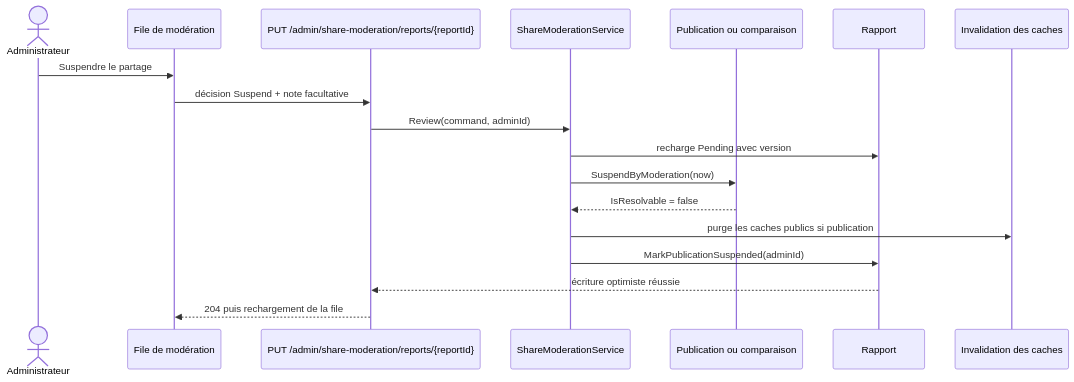
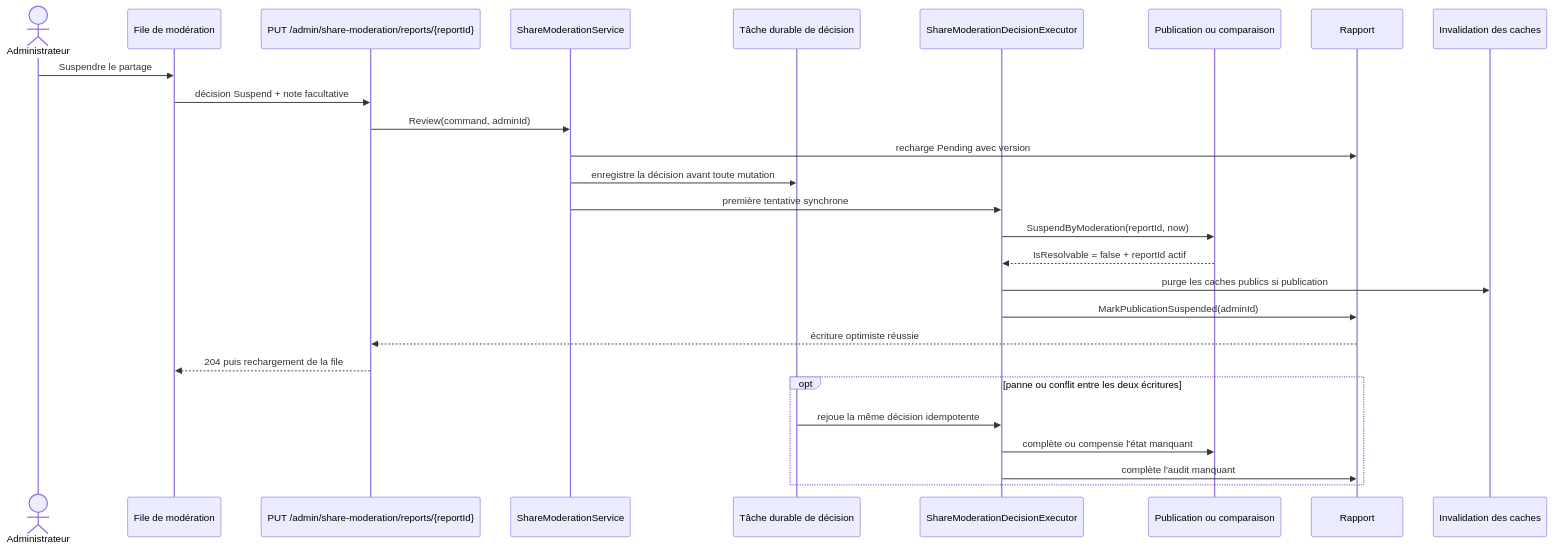
The third of 4 diagrams in docs/architecture/product-growth-share-13-public-share-moderation-2026-09-13.md (Ced59/AmusementParkProject), drawn with Mermaid before and after one commit. The commit also changed other lines of this file and 27 other files, not shown here.

Commit message:
fix: harden share moderation consistency

````diff
--- a/docs/architecture/product-growth-share-13-public-share-moderation-2026-09-13.md
+++ b/docs/architecture/product-growth-share-13-public-share-moderation-2026-09-13.md
@@ -103,21 +117,30 @@
 ```mermaid
 sequenceDiagram
   actor A as Administrateur
   participant UI as File de modération
   participant API as PUT /admin/share-moderation/reports/{reportId}
   participant S as ShareModerationService
+  participant J as Tâche durable de décision
+  participant E as ShareModerationDecisionExecutor
   participant T as Publication ou comparaison
   participant R as Rapport
   participant C as Invalidation des caches
 
   A->>UI: Suspendre le partage
   UI->>API: décision Suspend + note facultative
   API->>S: Review(command, adminId)
   S->>R: recharge Pending avec version
-  S->>T: SuspendByModeration(now)
-  T-->>S: IsResolvable = false
-  S->>C: purge les caches publics si publication
-  S->>R: MarkPublicationSuspended(adminId)
+  S->>J: enregistre la décision avant toute mutation
+  S->>E: première tentative synchrone
+  E->>T: SuspendByModeration(reportId, now)
+  T-->>E: IsResolvable = false + reportId actif
+  E->>C: purge les caches publics si publication
+  E->>R: MarkPublicationSuspended(adminId)
   R-->>API: écriture optimiste réussie
   API-->>UI: 204 puis rechargement de la file
+  opt panne ou conflit entre les deux écritures
+    J->>E: rejoue la même décision idempotente
+    E->>T: complète ou compense l'état manquant
+    E->>R: complète l'audit manquant
+  end
 ```
````
